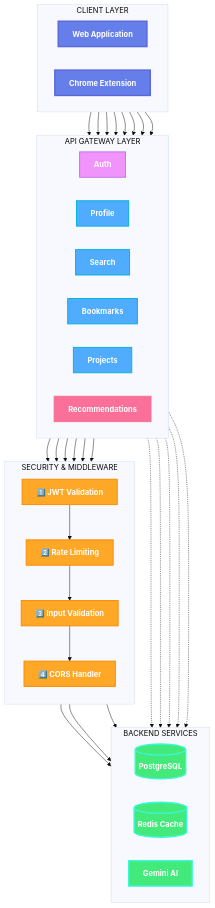
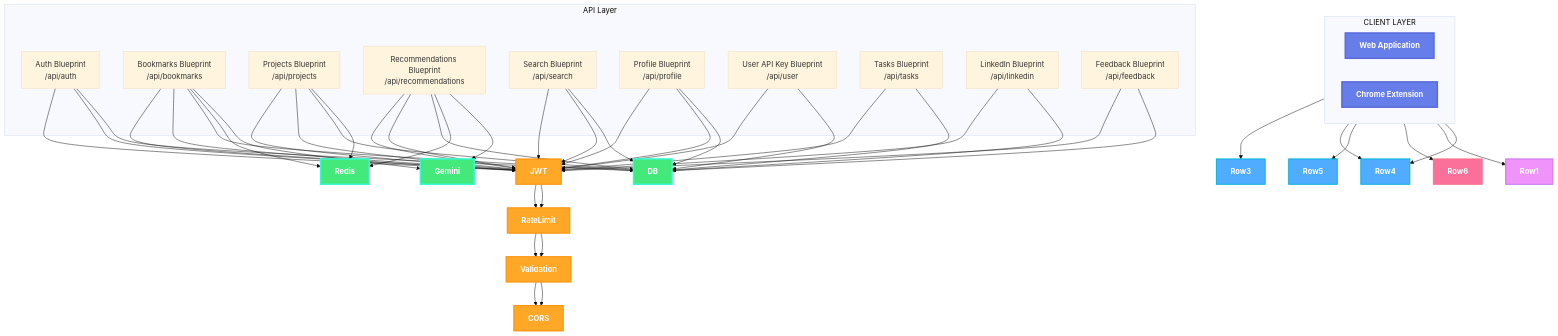
One commit to Ujjwaljain16/Fuze changed the second of 2 diagrams in docs/API_ARCHITECTURE.md. Above: the diagram before and after it, drawn with Mermaid (base theme). The commit also changed other lines of this file and 2 other files, not shown here.

```diff
--- a/docs/API_ARCHITECTURE.md
+++ b/docs/API_ARCHITECTURE.md
@@ -479,34 +555,18 @@
         Ext["Chrome Extension"]
     end
     
-    subgraph API[" API GATEWAY LAYER"]
-        direction LR
-        Row1["Auth"]
-        Row2["Profile"]
-        Row3["Search"]
-        Row4["Bookmarks"]
-        Row5["Projects"]
-        Row6["Recommendations"]
+    subgraph "API Layer"
+        AuthBP[Auth Blueprint<br/>/api/auth]
+        BookBP[Bookmarks Blueprint<br/>/api/bookmarks]
+        ProjBP[Projects Blueprint<br/>/api/projects]
+        RecBP[Recommendations Blueprint<br/>/api/recommendations]
+        SearchBP[Search Blueprint<br/>/api/search]
+        ProfBP[Profile Blueprint<br/>/api/profile]
+        UserBP[User API Key Blueprint<br/>/api/user]
+        TaskBP[Tasks Blueprint<br/>/api/tasks]
+        LinkedBP[LinkedIn Blueprint<br/>/api/linkedin]
+        FeedBP[Feedback Blueprint<br/>/api/feedback]
     end
-    
-    subgraph Middleware["SECURITY & MIDDLEWARE"]
-        direction TB
-        JWT["1️⃣ JWT Validation"]
-        RateLimit["2️⃣ Rate Limiting"]
-        Validation["3️⃣ Input Validation"]
-        CORS["4️⃣ CORS Handler"]
-    end
-    
-    subgraph Services[" BACKEND SERVICES"]
-        direction LR
-        DB[(" PostgreSQL")]
-        Redis[(" Redis Cache")]
-        Gemini[" Gemini AI"]
-    end
-    
-    %% Client to API connections
-    Web --> Row1
-    Web --> Row2
     Web --> Row3
     Web --> Row4
     Web --> Row5
@@ -514,30 +574,50 @@
     Ext --> Row1
     Ext --> Row4
     
-    %% API to Middleware
-    Row1 --> JWT
-    Row2 --> JWT
-    Row3 --> JWT
-    Row4 --> JWT
-    Row5 --> JWT
-    Row6 --> JWT
+    AuthBP --> JWT
+    BookBP --> JWT
+    ProjBP --> JWT
+    RecBP --> JWT
+    SearchBP --> JWT
+    ProfBP --> JWT
     
     %% Middleware chain
     JWT --> RateLimit
     RateLimit --> Validation
     Validation --> CORS
     
-    %% Services connections
-    CORS --> DB
-    CORS --> Redis
-    CORS --> Gemini
-    
-    %% Specific service usage
-    Row4 -.-> Redis
-    Row5 -.-> Redis
-    Row6 -.-> Redis
-    Row6 -.-> Gemini
-    Row4 -.-> Gemini
+    AuthBP --> JWT
+    BookBP --> JWT
+    ProjBP --> JWT
+    RecBP --> JWT
+    SearchBP --> JWT
+    ProfBP --> JWT
+    UserBP --> JWT
+    TaskBP --> JWT
+    LinkedBP --> JWT
+    FeedBP --> JWT
+
+    JWT --> RateLimit
+    RateLimit --> Validation
+    Validation --> CORS
+
+    AuthBP --> DB
+    BookBP --> DB
+    ProjBP --> DB
+    RecBP --> DB
+    SearchBP --> DB
+    ProfBP --> DB
+    UserBP --> DB
+    TaskBP --> DB
+    LinkedBP --> DB
+    FeedBP --> DB
+
+    BookBP --> Redis
+    RecBP --> Redis
+    ProjBP --> Redis
+
+    RecBP --> Gemini
+    BookBP --> Gemini
     
     classDef clientStyle fill:#667eea,stroke:#5a67d8,stroke-width:3px,color:#fff,font-weight:bold
     classDef authStyle fill:#f093fb,stroke:#c471ed,stroke-width:2px,color:#fff,font-weight:bold
```
